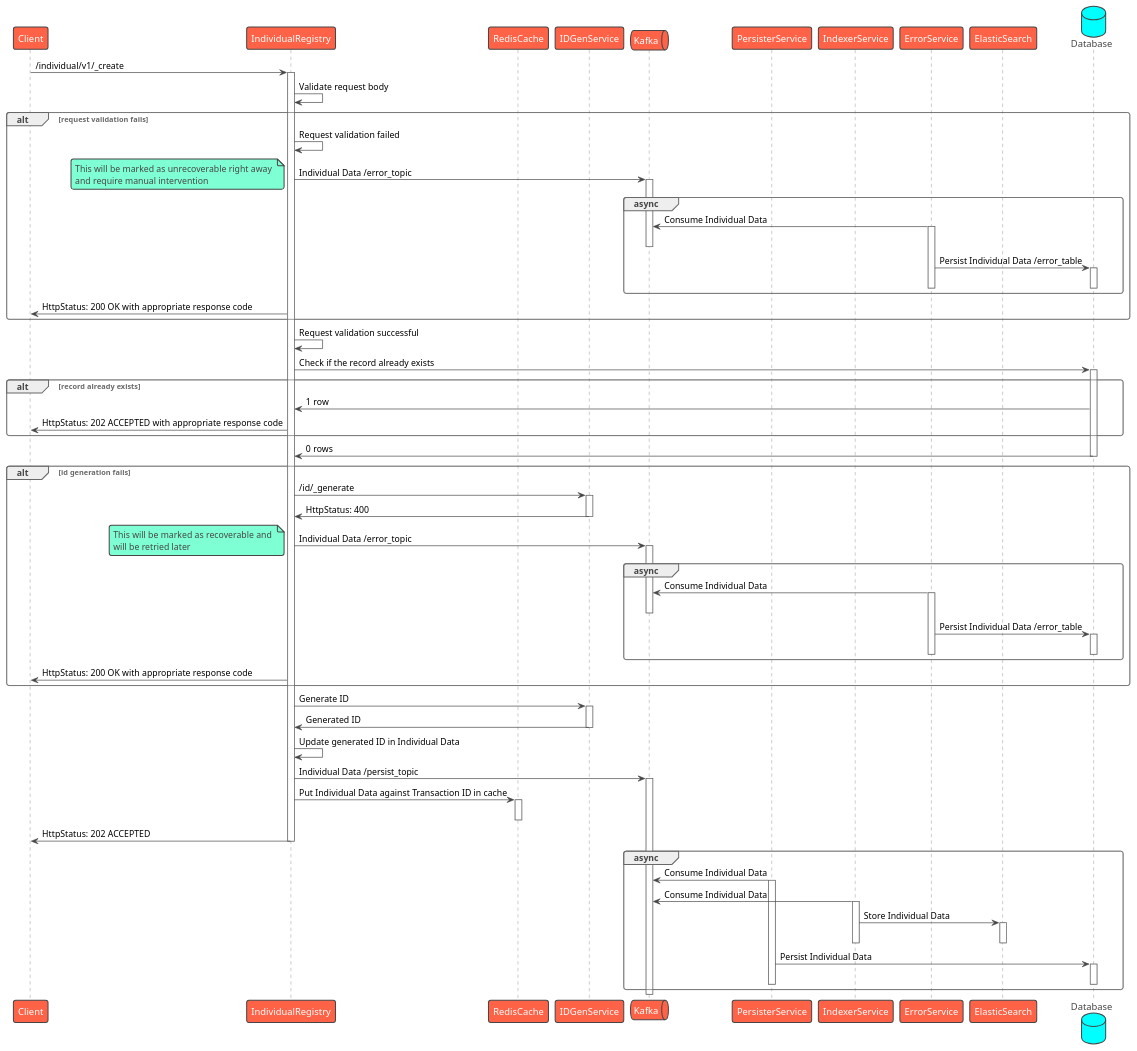
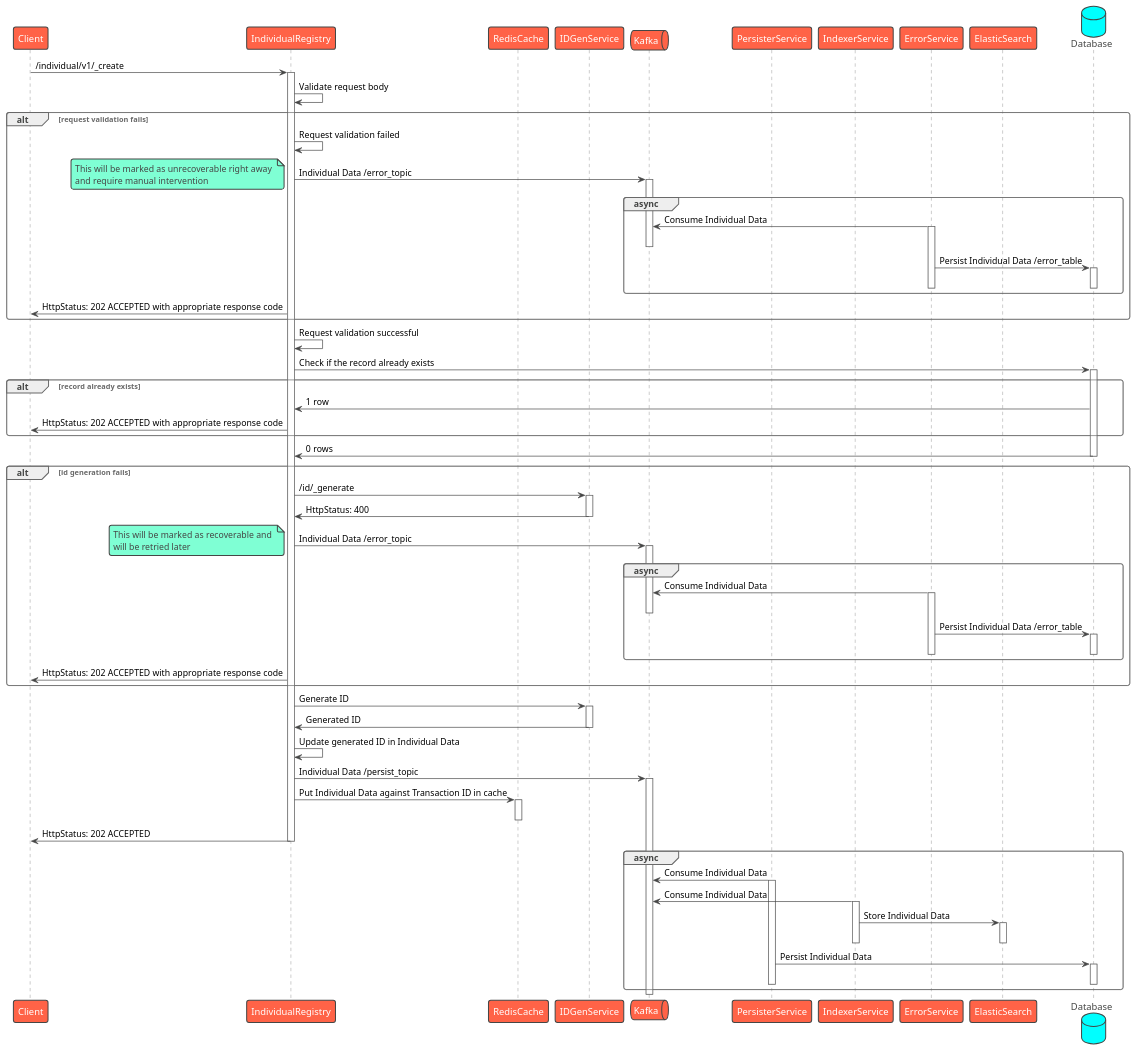
The diagram in contracts/registries/individual/sequence/create.puml (egovernments/health-api-specs), drawn with PlantUML before and after one commit. The commit also changed 3 other files, not shown here.

Commit message:
Sequence: Reverting back to 202 ACCEPTED

```diff
--- a/contracts/registries/individual/sequence/create.puml
+++ b/contracts/registries/individual/sequence/create.puml
@@ -1,93 +1,93 @@
 @startuml Individual Registry - Create
 !theme vibrant
 participant Client as c
 participant IndividualRegistry as ir
 participant RedisCache as rc
 participant IDGenService as idgen
 queue Kafka as k
 participant PersisterService as prs
 participant IndexerService as idx
 participant ErrorService as es
 participant ElasticSearch as el
 database Database as db
 c -> ir : /individual/v1/_create
 activate ir
 ir -> ir: Validate request body
 alt request validation fails
     ir -> ir: Request validation failed
     ir -> k: Individual Data /error_topic
     note left
         This will be marked as unrecoverable right away 
         and require manual intervention
     end note
     activate k
     group async
         es -> k: Consume Individual Data
         activate es
         deactivate k
         es -> db: Persist Individual Data /error_table
         activate db
         deactivate db
         deactivate es
     end
-    ir -> c: HttpStatus: 200 OK with appropriate response code
+    ir -> c: HttpStatus: 202 ACCEPTED with appropriate response code
 end
 ir -> ir: Request validation successful
 ir -> db: Check if the record already exists
 alt record already exists
     activate db
     db -> ir: 1 row
     ir -> c: HttpStatus: 202 ACCEPTED with appropriate response code
 end
 db -> ir: 0 rows
 deactivate db
 alt id generation fails
     ir -> idgen: /id/_generate
     activate idgen
     idgen -> ir: HttpStatus: 400
     deactivate idgen
     ir -> k: Individual Data /error_topic
     note left
         This will be marked as recoverable and 
         will be retried later
     end note
     activate k
     group async
         es -> k: Consume Individual Data
         activate es
         deactivate k
         es -> db: Persist Individual Data /error_table
         activate db
         deactivate db
         deactivate es
     end
-    ir -> c: HttpStatus: 200 OK with appropriate response code
+    ir -> c: HttpStatus: 202 ACCEPTED with appropriate response code
 end
 ir -> idgen: Generate ID
 activate idgen
 idgen -> ir: Generated ID
 deactivate idgen
 ir -> ir: Update generated ID in Individual Data
 ir -> k: Individual Data /persist_topic
 activate k
 ir -> rc: Put Individual Data against Transaction ID in cache
 activate rc
 deactivate rc
 ir -> c: HttpStatus: 202 ACCEPTED
 deactivate ir
 group async
     prs -> k: Consume Individual Data
     activate prs
     idx -> k: Consume Individual Data
     activate idx
     idx -> el: Store Individual Data
     activate el
     deactivate el
     deactivate idx
     prs -> db: Persist Individual Data
     activate db
     deactivate db
     deactivate prs
 end
 deactivate k
 @enduml
```
